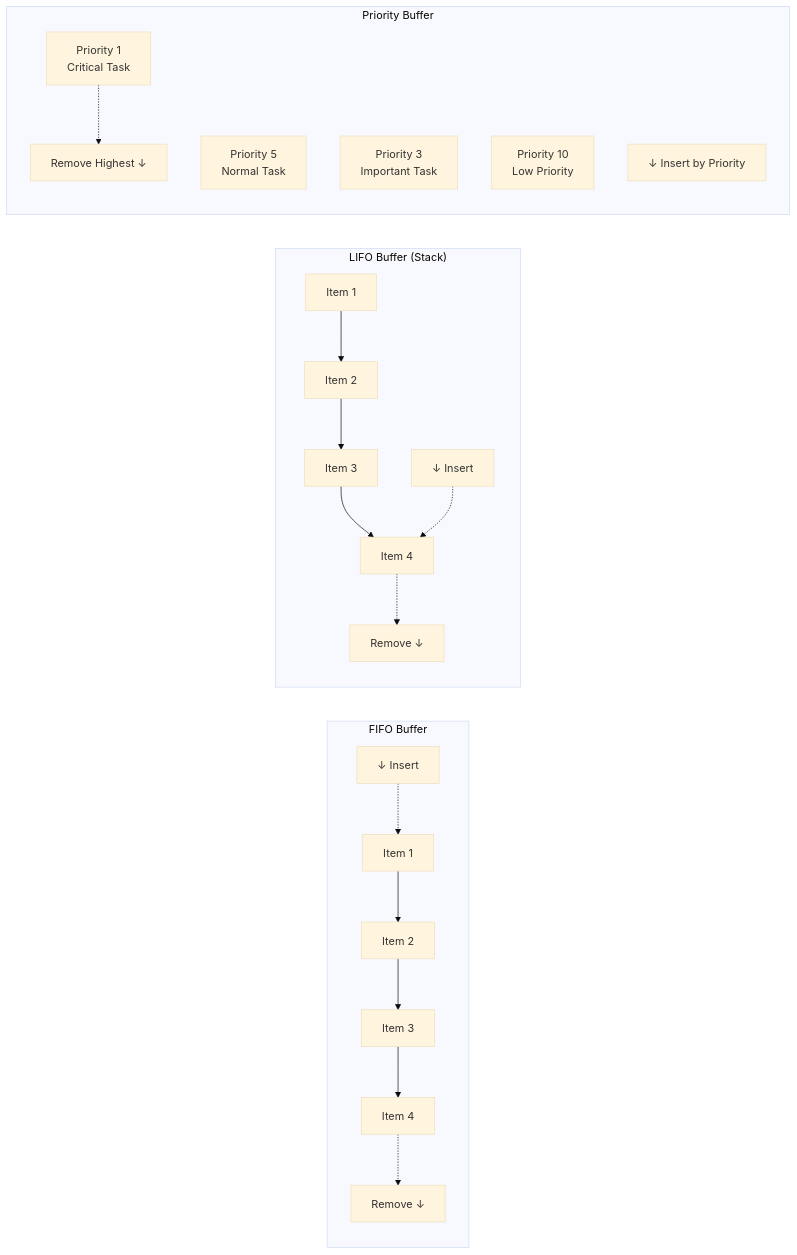
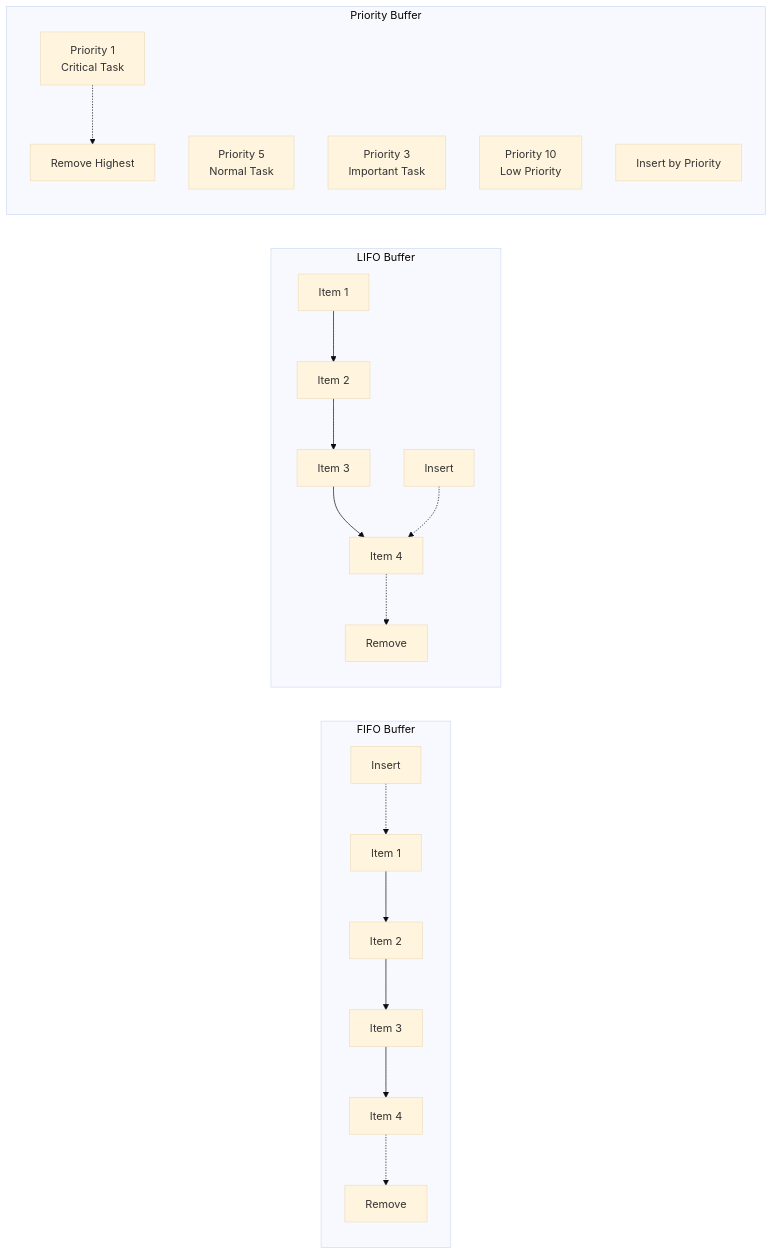
One commit to mythxn/dojo.py changed the second of 13 diagrams in day-1/problem-3-producer-consumer/README.md. Above: the diagram before and after it, drawn with Mermaid (base theme). The commit also changed other lines of this file and 6 other files, not shown here.

First line of the commit message:
Fix all Mermaid syntax errors across README files

````diff
--- a/day-1/problem-3-producer-consumer/README.md
+++ b/day-1/problem-3-producer-consumer/README.md
@@ -36,23 +36,23 @@
 ```mermaid
 graph LR
     subgraph "FIFO Buffer"
     A1[Item 1] --> A2[Item 2] --> A3[Item 3] --> A4[Item 4]
-    A5[↓ Insert] -.-> A1
-    A4 -.-> A6[Remove ↓]
+    A5[Insert] -.-> A1
+    A4 -.-> A6[Remove]
     end
     
-    subgraph "LIFO Buffer (Stack)"
+    subgraph "LIFO Buffer"
     B1[Item 1] --> B2[Item 2] --> B3[Item 3] --> B4[Item 4]
-    B5[↓ Insert] -.-> B4
-    B4 -.-> B6[Remove ↓]
+    B5[Insert] -.-> B4
+    B4 -.-> B6[Remove]
     end
     
     subgraph "Priority Buffer"
     C1[Priority 1<br/>Critical Task]
     C2[Priority 5<br/>Normal Task]
     C3[Priority 3<br/>Important Task]
     C4[Priority 10<br/>Low Priority]
-    C5[↓ Insert by Priority]
-    C1 -.-> C6[Remove Highest ↓]
+    C5[Insert by Priority]
+    C1 -.-> C6[Remove Highest]
     end
 ```
````
